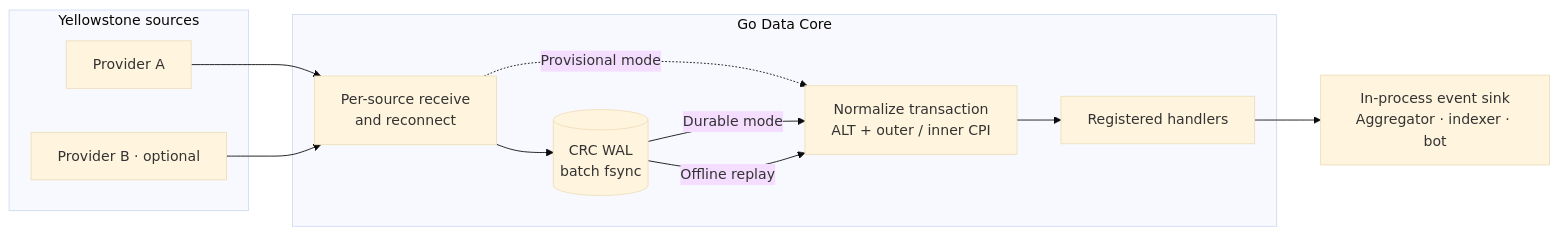
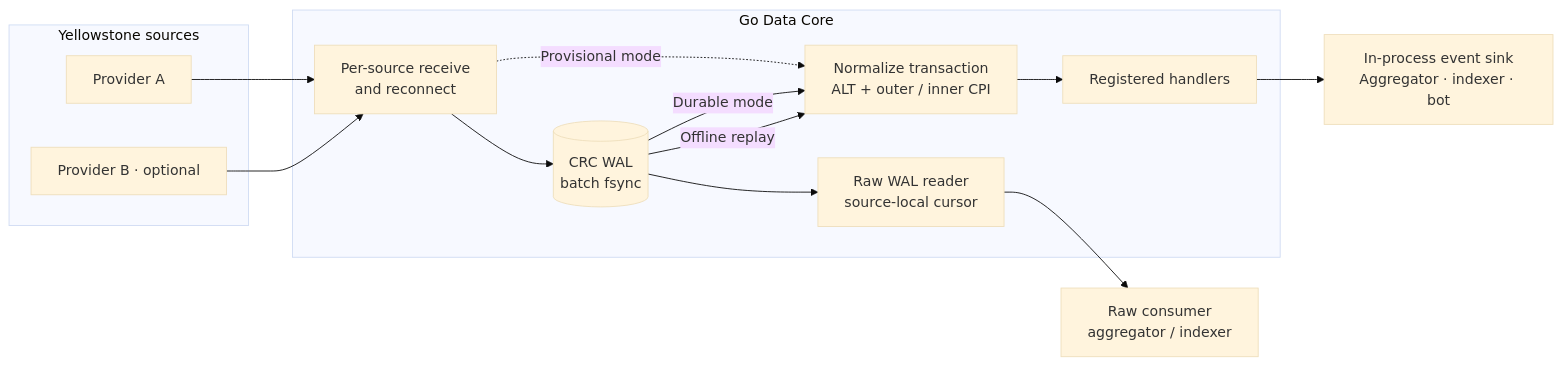
The diagram in README.md (sirdont0/solana-yellowstone-grpc-data-core), drawn with Mermaid (base theme) before and after one commit. The commit also changed other lines of this file and 75 other files, not shown here.

Commit message:
Add universal raw ingestion, durable consumers and audited experimental WAL v2

````diff
--- a/README.md
+++ b/README.md
@@ -40,21 +42,23 @@
 ```mermaid
 flowchart LR
     subgraph S["Yellowstone sources"]
         A["Provider A"]
         B["Provider B · optional"]
     end
     subgraph C["Go Data Core"]
         I["Per-source receive<br/>and reconnect"]
         W[("CRC WAL<br/>batch fsync")]
+        R["Raw WAL reader<br/>source-local cursor"]
         D["Normalize transaction<br/>ALT + outer / inner CPI"]
         H["Registered handlers"]
     end
     A --> I
     B --> I
     I --> W
+    W --> R --> RO["Raw consumer<br/>aggregator / indexer"]
     I -. "Provisional mode" .-> D
     W -- "Durable mode" --> D
     W -- "Offline replay" --> D
     D --> H
     H --> O["In-process event sink<br/>Aggregator · indexer · bot"]
 ```
````
